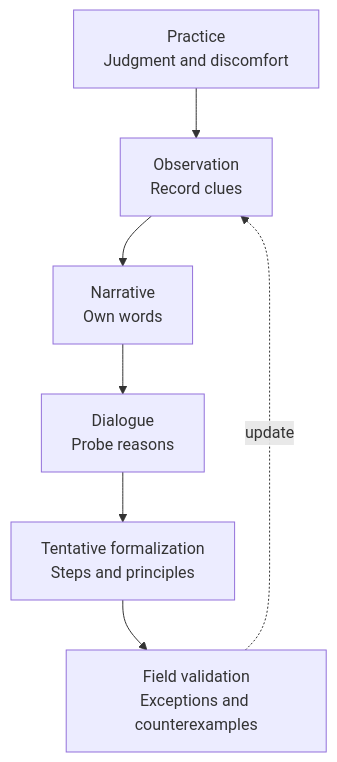
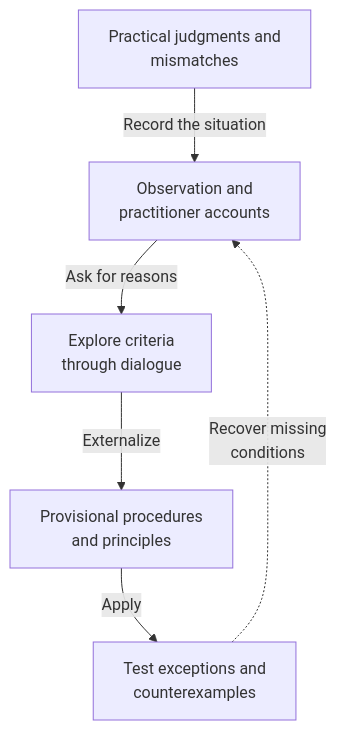
Before and after one commit to daylight55/research: the first of 3 diagrams in articles/report/tacit-knowledge-business-theory/en/index.mdx, drawn with Mermaid. The commit also changed other lines of this file and 181 other files, not shown here.

First line of the commit message:
全記事の図解368点を再生成し、共通注意書きを削除 (#402)

````diff
--- a/articles/report/tacit-knowledge-business-theory/en/index.mdx
+++ b/articles/report/tacit-knowledge-business-theory/en/index.mdx
@@ -28,9 +28,15 @@
 ```mermaid
 flowchart TD
-  A["Practice<br/>Judgment and discomfort"] --> B["Observation<br/>Record clues"]
-  B --> C["Narrative<br/>Own words"]
-  C --> D["Dialogue<br/>Probe reasons"]
-  D --> E["Tentative formalization<br/>Steps and principles"]
-  E --> F["Field validation<br/>Exceptions and counterexamples"]
-  F -. update .-> B
+  accTitle: Turn experience into provisional procedures and revise in practice
+  accDescr: Use observation and practitioner interviews to propose criteria, then test and update them with exceptions and counterexamples.
+  N0["Practical judgments and<br/>mismatches"]
+  N1["Observation and<br/>practitioner accounts"]
+  N2["Explore criteria<br/>through dialogue"]
+  N3["Provisional procedures<br/>and principles"]
+  N4["Test exceptions and<br/>counterexamples"]
+  N0 -->|Record the situation| N1
+  N1 -->|Ask for reasons| N2
+  N2 -->|Externalize| N3
+  N3 -->|Apply| N4
+  N4 -.->|Recover missing<br/>conditions| N1
 ```
````
